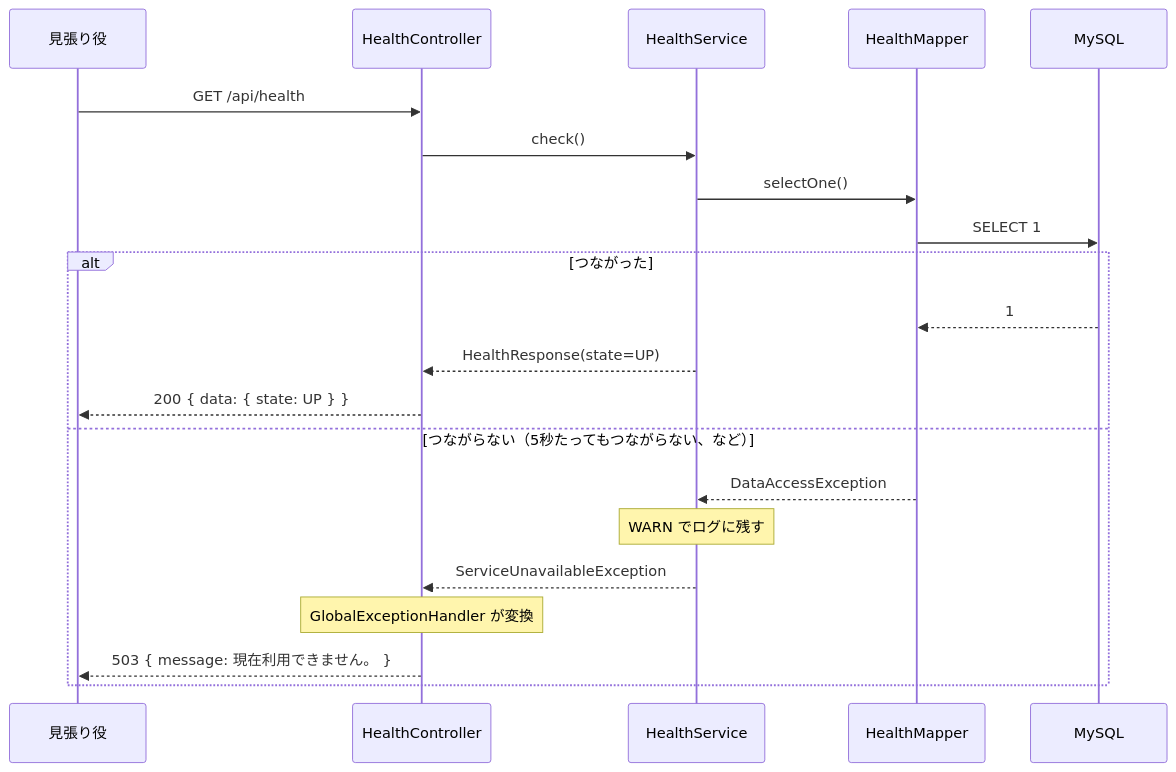
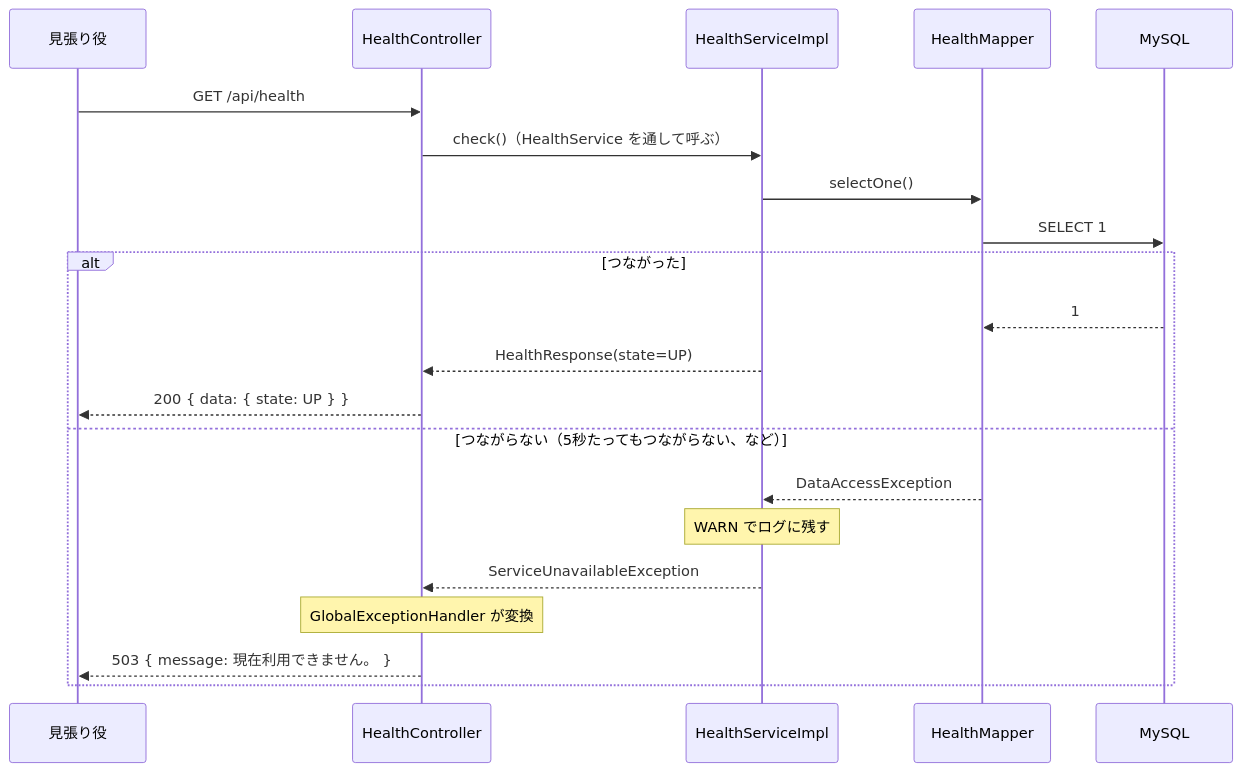
The diagram in internaldesign/詳細設計/health/A-08_動いているかを答える.md (sekiyak611/EquipmentManagementSystem_Document), drawn with Mermaid before and after one commit. The commit also changed other lines of this file and 81 other files, not shown here.

First line of the commit message:
ディレクトリ構成の変更：service を interface と Impl に分け、業務チェックを validator に置く

````diff
--- a/internaldesign/詳細設計/health/A-08_動いているかを答える.md
+++ b/internaldesign/詳細設計/health/A-08_動いているかを答える.md
@@ -80,23 +81,23 @@
 ```mermaid
 sequenceDiagram
     participant 見張り役
     participant HealthController
-    participant HealthService
+    participant HealthServiceImpl
     participant HealthMapper
     participant MySQL
     見張り役->>HealthController: GET /api/health
-    HealthController->>HealthService: check()
-    HealthService->>HealthMapper: selectOne()
+    HealthController->>HealthServiceImpl: check()（HealthService を通して呼ぶ）
+    HealthServiceImpl->>HealthMapper: selectOne()
     HealthMapper->>MySQL: SELECT 1
     alt つながった
         MySQL-->>HealthMapper: 1
-        HealthService-->>HealthController: HealthResponse(state=UP)
+        HealthServiceImpl-->>HealthController: HealthResponse(state=UP)
         HealthController-->>見張り役: 200 { data: { state: UP } }
     else つながらない（5秒たってもつながらない、など）
-        HealthMapper-->>HealthService: DataAccessException
-        Note over HealthService: WARN でログに残す
-        HealthService-->>HealthController: ServiceUnavailableException
+        HealthMapper-->>HealthServiceImpl: DataAccessException
+        Note over HealthServiceImpl: WARN でログに残す
+        HealthServiceImpl-->>HealthController: ServiceUnavailableException
         Note over HealthController: GlobalExceptionHandler が変換
         HealthController-->>見張り役: 503 { message: 現在利用できません。 }
     end
 ```
````
